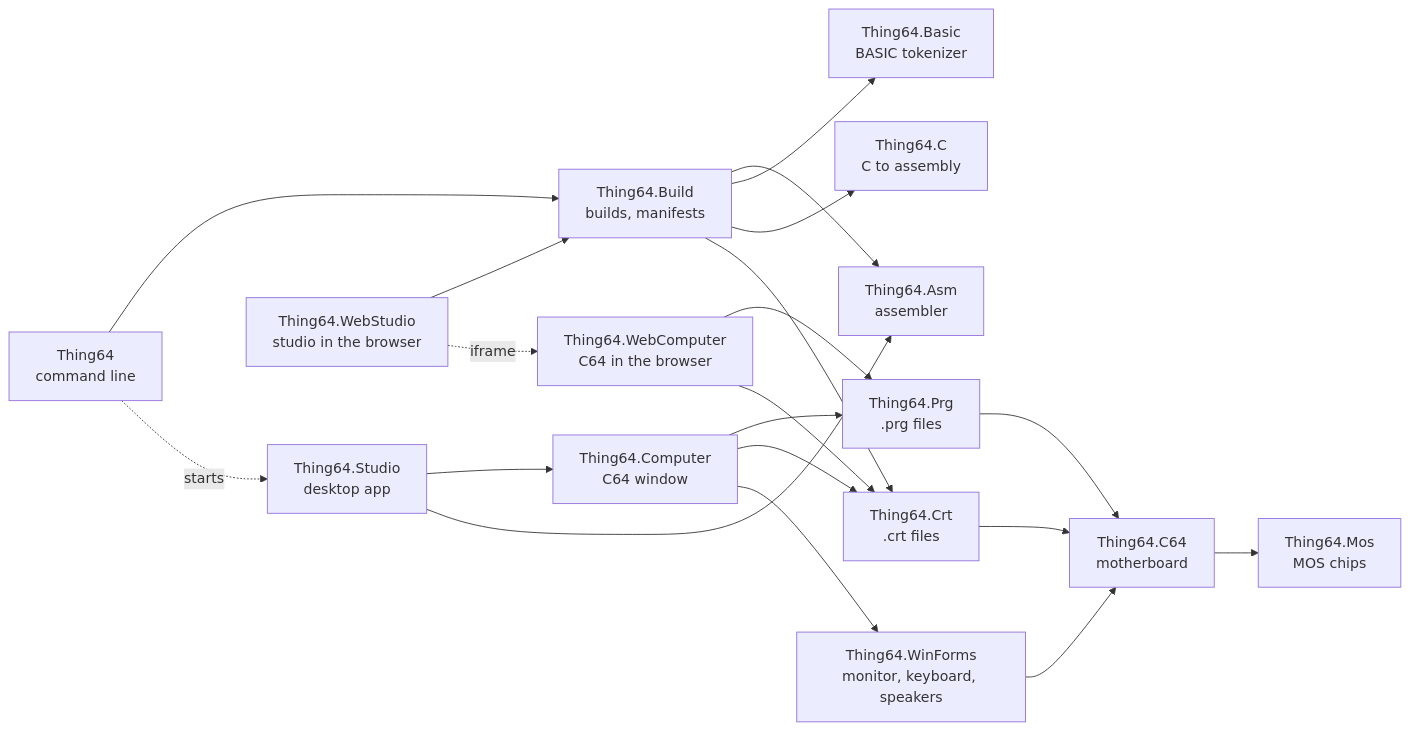
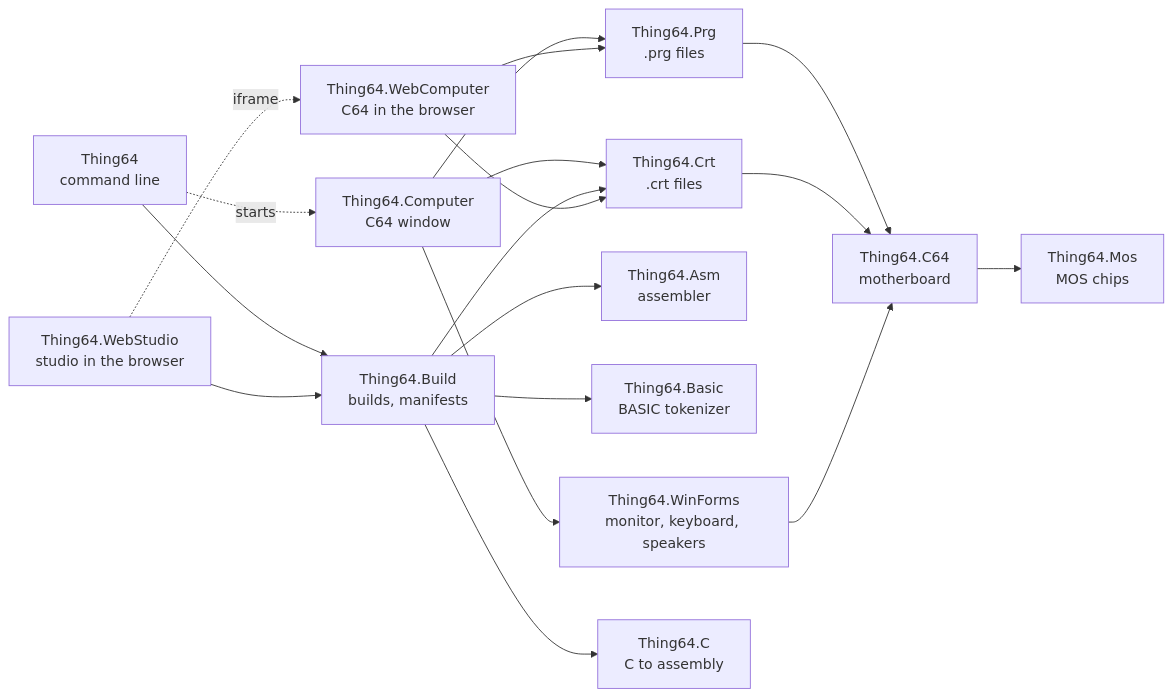
One commit to marcoparenzan/ThingRetro changed the first of 2 diagrams in docs/ARCHITECTURE.md. Above: the diagram before and after it, drawn with Mermaid. The commit also changed other lines of this file and 10 other files, not shown here.

First line of the commit message:
Thing64.Computer is the desktop app, thing64 studio removed

````diff
--- a/docs/ARCHITECTURE.md
+++ b/docs/ARCHITECTURE.md
@@ -9,36 +9,33 @@
 ```mermaid
 flowchart LR
     Mos[Thing64.Mos<br/>MOS chips]
     C64[Thing64.C64<br/>motherboard]
     Prg[Thing64.Prg<br/>.prg files]
     Crt[Thing64.Crt<br/>.crt files]
     Asm[Thing64.Asm<br/>assembler]
     Basic[Thing64.Basic<br/>BASIC tokenizer]
     WinForms[Thing64.WinForms<br/>monitor, keyboard, speakers]
     Computer[Thing64.Computer<br/>C64 window]
-    Studio[Thing64.Studio<br/>desktop app]
     Cli[Thing64<br/>command line]
     C64 --> Mos
     Prg --> C64
     Crt --> C64
     WinForms --> C64
     Computer --> Prg
     Computer --> Crt
     Computer --> WinForms
-    Studio --> Computer
-    Studio --> Asm
     Build[Thing64.Build<br/>builds, manifests]
     Build --> Asm
     Build --> Basic
     CLang[Thing64.C<br/>C to assembly]
     Build --> CLang
     Build --> Crt
     Cli --> Build
-    Cli -. starts .-> Studio
+    Cli -. starts .-> Computer
     Web[Thing64.WebComputer<br/>C64 in the browser]
     Web --> Prg
     Web --> Crt
     WebStudio[Thing64.WebStudio<br/>studio in the browser]
     WebStudio --> Build
     WebStudio -. iframe .-> Web
 ```
````
